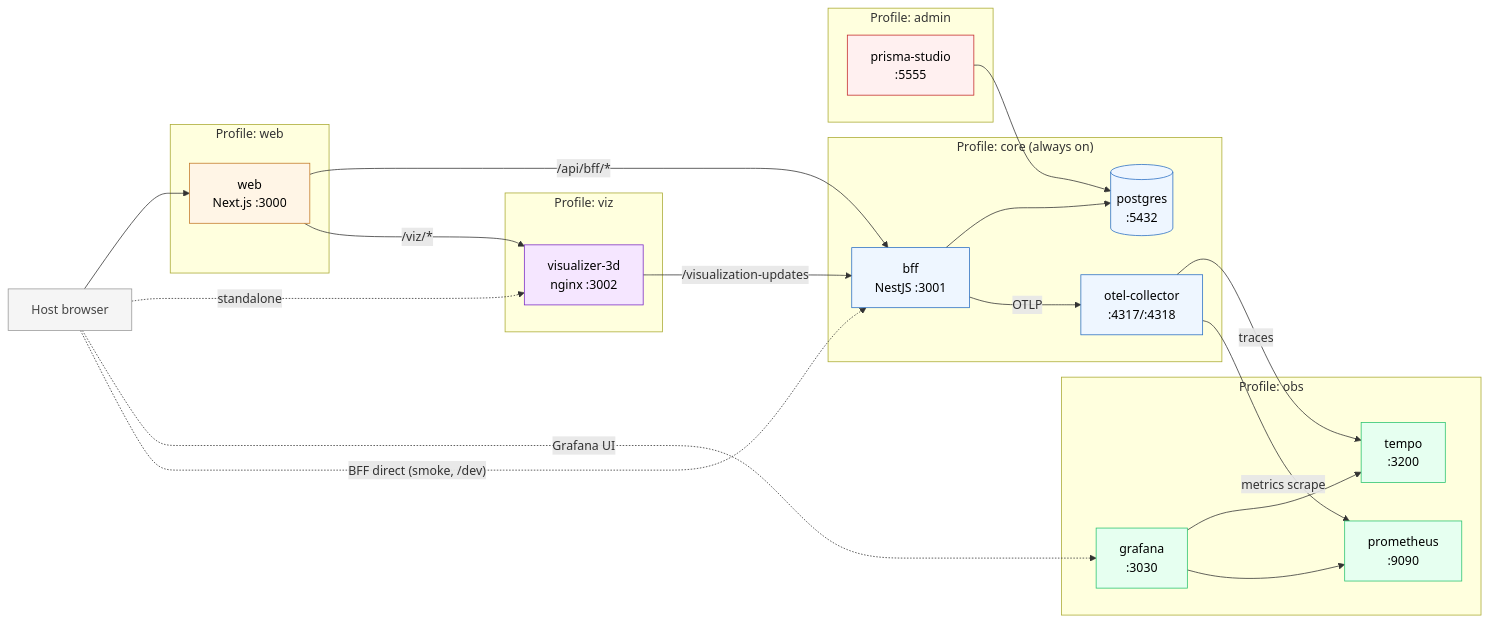
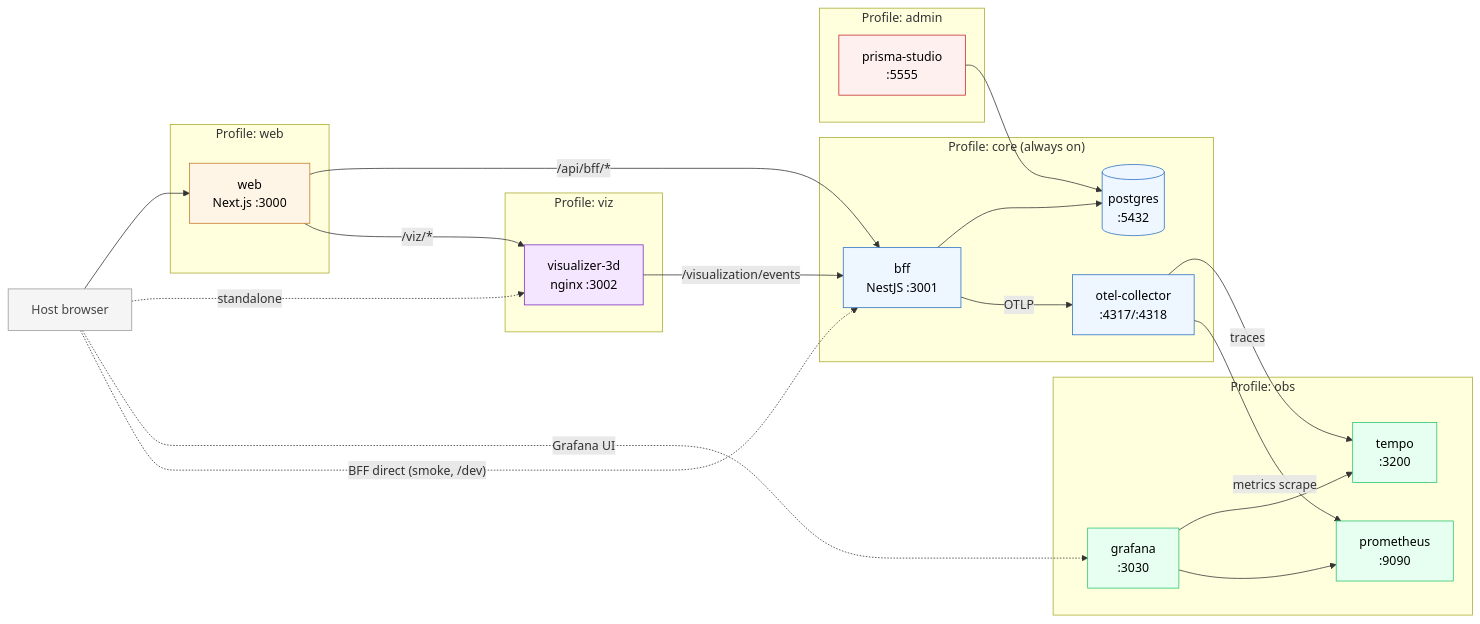
One commit to nicopizar00/expresso-engineering-playground changed the diagram in docs/architecture/containers.md. Above: the diagram before and after it, drawn with Mermaid. The commit also changed 29 other files, not shown here.

````diff
--- a/docs/architecture/containers.md
+++ b/docs/architecture/containers.md
@@ -9,52 +9,52 @@
 ```mermaid
 flowchart LR
   classDef coreSvc fill:#eef6ff,stroke:#2a6fc4,color:#000;
   classDef webSvc  fill:#fff5e6,stroke:#c47a2a,color:#000;
   classDef vizSvc  fill:#f5e6ff,stroke:#7a2ac4,color:#000;
   classDef adminSvc fill:#fff0f0,stroke:#c42a2a,color:#000;
   classDef obsSvc  fill:#e6fff0,stroke:#2ac46f,color:#000;
   classDef ext     fill:#f5f5f5,stroke:#999,color:#444;
 
   Browser["Host browser"]:::ext
 
   subgraph core["Profile: core (always on)"]
     BFF["bff<br/>NestJS :3001"]:::coreSvc
     PG[("postgres<br/>:5432")]:::coreSvc
     OTEL["otel-collector<br/>:4317/:4318"]:::coreSvc
   end
 
   subgraph web["Profile: web"]
     Web["web<br/>Next.js :3000"]:::webSvc
   end
 
   subgraph viz["Profile: viz"]
     Viz["visualizer-3d<br/>nginx :3002"]:::vizSvc
   end
 
   subgraph admin["Profile: admin"]
     Studio["prisma-studio<br/>:5555"]:::adminSvc
   end
 
   subgraph obs["Profile: obs"]
     Tempo["tempo<br/>:3200"]:::obsSvc
     Prom["prometheus<br/>:9090"]:::obsSvc
     Graf["grafana<br/>:3030"]:::obsSvc
   end
 
   Browser --> Web
   Browser -. "standalone" .-> Viz
   Browser -. "Grafana UI" .-> Graf
   Browser -. "BFF direct (smoke, /dev)" .-> BFF
 
   Web -->|"/api/bff/*"| BFF
   Web -->|"/viz/*"| Viz
-  Viz -->|"/visualization-updates"| BFF
+  Viz -->|"/visualization/events"| BFF
   BFF --> PG
   Studio --> PG
 
   BFF -->|"OTLP"| OTEL
   OTEL -->|"traces"| Tempo
   OTEL -->|"metrics scrape"| Prom
   Graf --> Tempo
   Graf --> Prom
 ```
````
